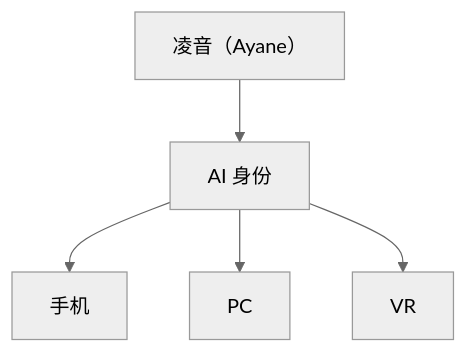
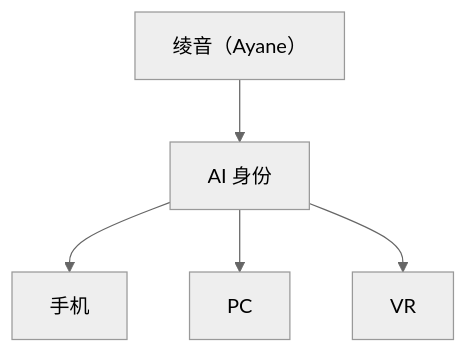
The fifth of 12 diagrams in product/产品愿景与总纲.md (ayane-ai/ayane-docs), drawn with Mermaid (neutral theme) before and after one commit. The commit also changed other lines of this file and 5 other files, not shown here.

````diff
--- a/product/产品愿景与总纲.md
+++ b/product/产品愿景与总纲.md
@@ -361,7 +361,7 @@
 ```mermaid
 flowchart TD
-    ayane["凌音（Ayane）"] --> identity["AI 身份"]
+    ayane["绫音（Ayane）"] --> identity["AI 身份"]
     identity --> phone["手机"]
     identity --> pc["PC"]
     identity --> vr["VR"]
 ```
````
